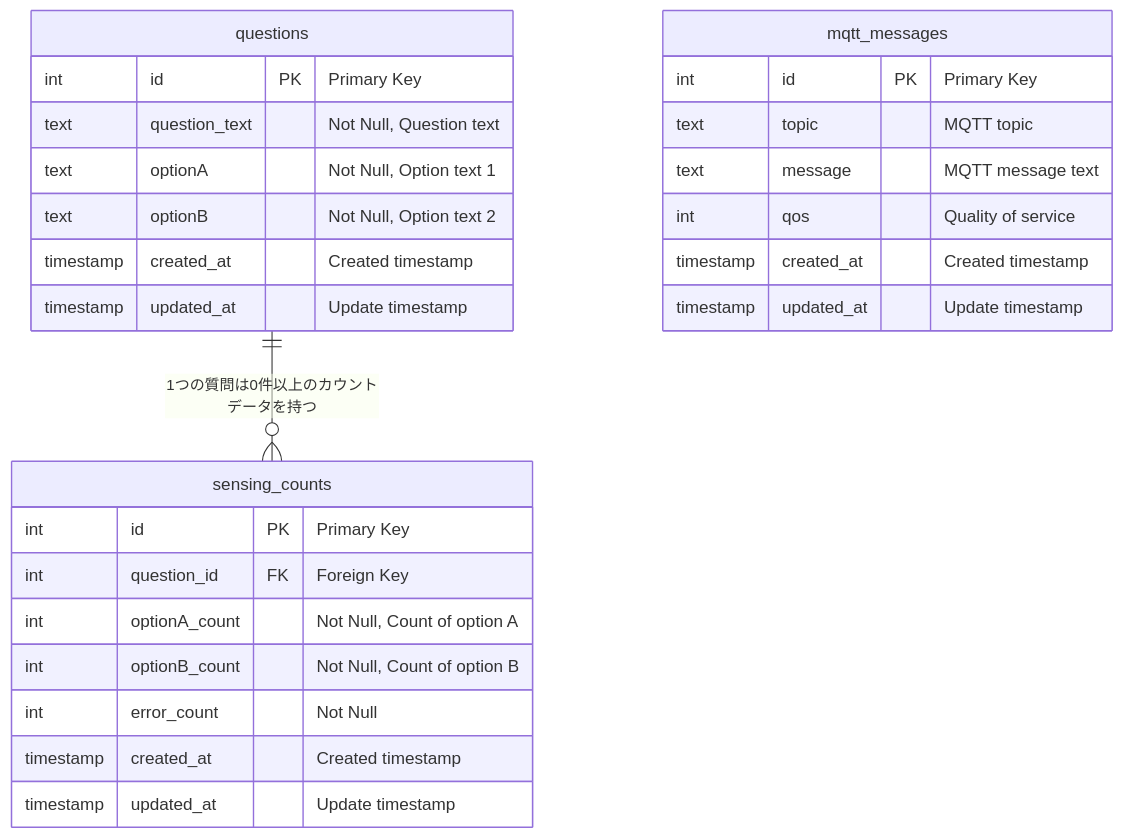
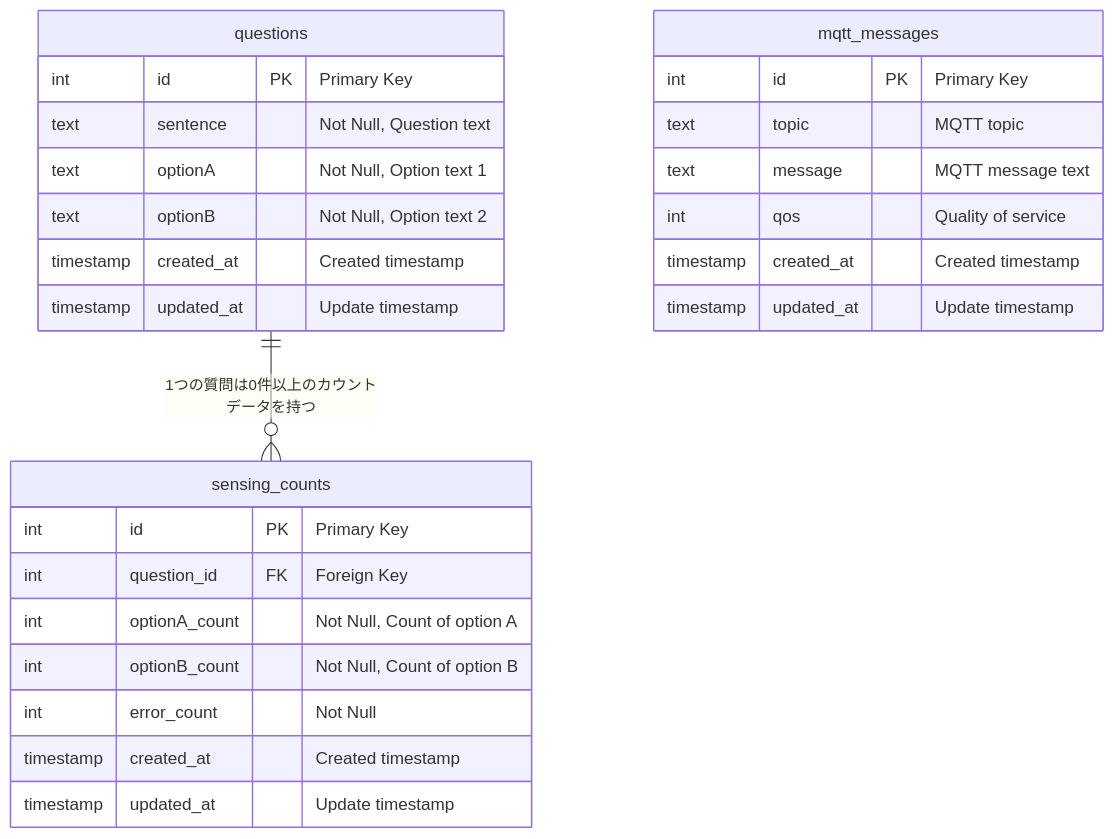
Before and after one commit to Hhelibebcnofne/escalator-enquete: the diagram in docs/db.md, drawn with Mermaid. The commit also changed other lines of this file, not shown here.

Commit message:
fix: Rename question_text to sentence in questions table and add unique constraint explanation

````diff
--- a/docs/db.md
+++ b/docs/db.md
@@ -5,34 +5,34 @@
 ```mermaid
 erDiagram
 
     questions {
         int id PK "Primary Key"
-        text question_text "Not Null, Question text"
+        text sentence "Not Null, Question text"
         text optionA "Not Null, Option text 1"
         text optionB "Not Null, Option text 2"
         timestamp created_at "Created timestamp"
         timestamp updated_at "Update timestamp"
     }
 
     sensing_counts {
         int id PK "Primary Key"
         int question_id FK "Foreign Key"
         int optionA_count "Not Null, Count of option A"
         int optionB_count "Not Null, Count of option B"
         int error_count "Not Null"
         timestamp created_at "Created timestamp"
         timestamp updated_at "Update timestamp"
     }
 
     mqtt_messages {
         int id PK "Primary Key"
         text topic "MQTT topic"
         text message "MQTT message text"
         int qos "Quality of service"
         timestamp created_at "Created timestamp"
         timestamp updated_at "Update timestamp"
     }
 
     questions ||--o{ sensing_counts : "1つの質問は0件以上のカウントデータを持つ"
 
 ```
````
